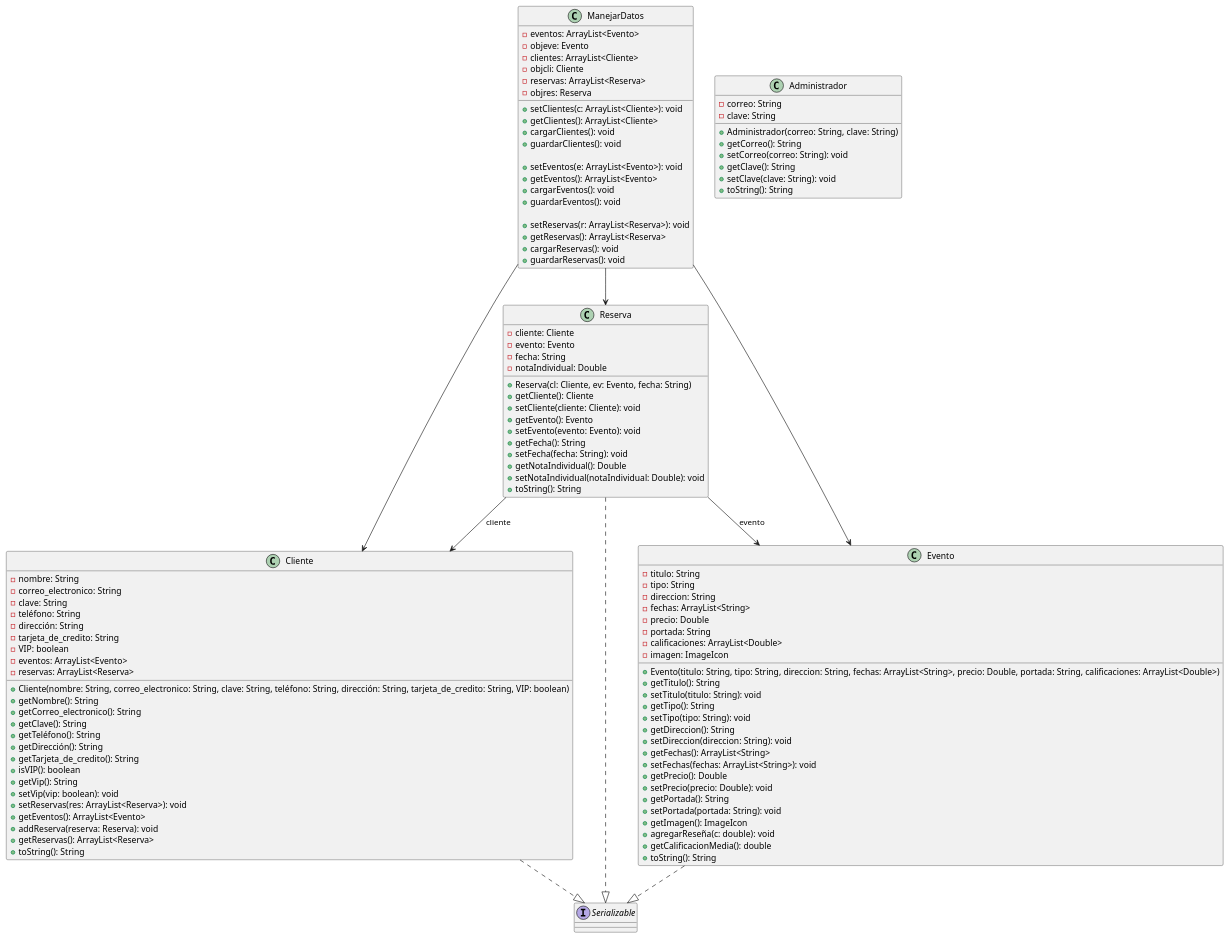
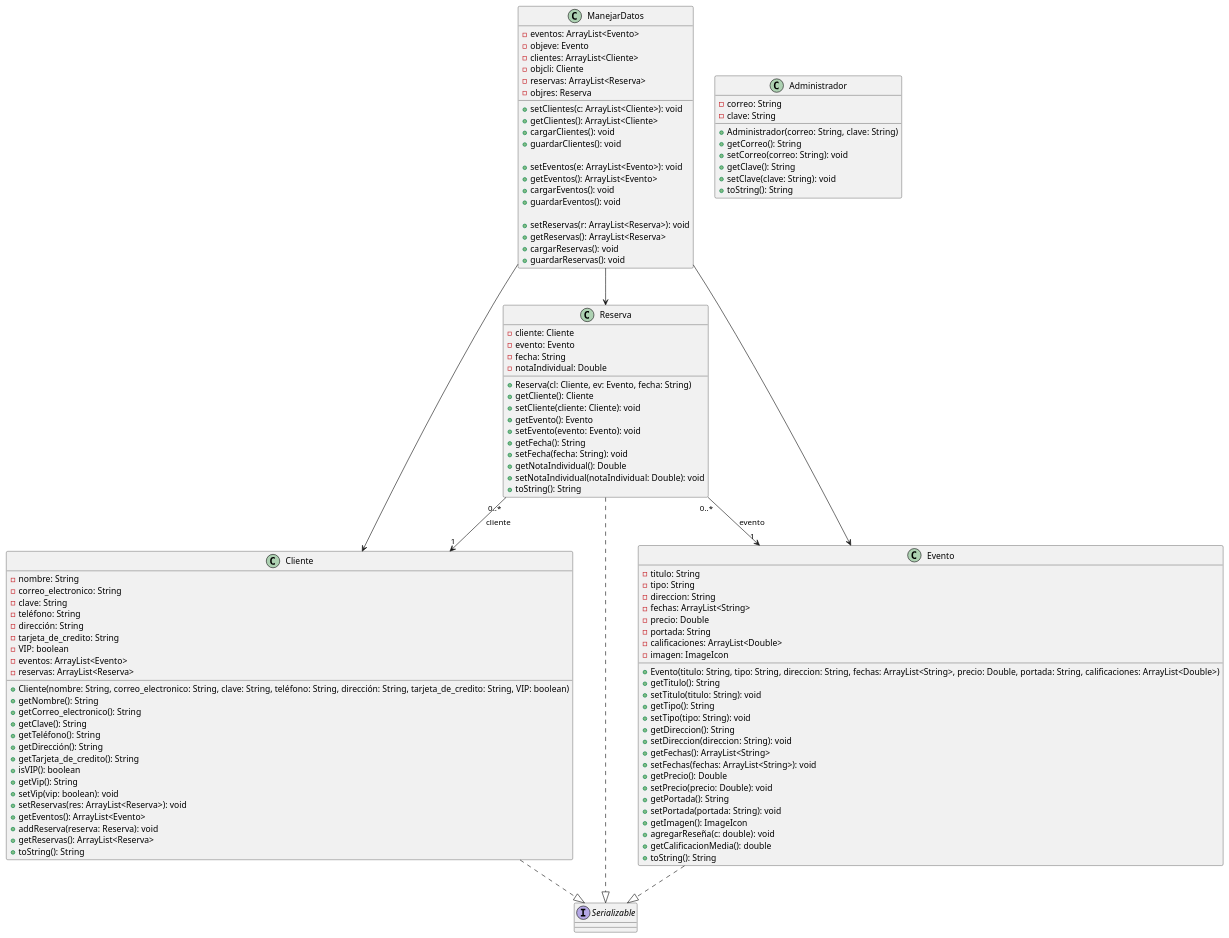
Before and after one commit to PL2PL2/demo-repository: the diagram in PL2/PL2_JAVA/DigramaUML.puml, drawn with PlantUML. The commit also changed 40 other files, not shown here.

```diff
--- a/PL2/PL2_JAVA/DigramaUML.puml
+++ b/PL2/PL2_JAVA/DigramaUML.puml
@@ -1,126 +1,126 @@
 @startuml
 
 interface Serializable
 
 class Cliente {
     - nombre: String
     - correo_electronico: String
     - clave: String
     - teléfono: String
     - dirección: String
     - tarjeta_de_credito: String
     - VIP: boolean
     - eventos: ArrayList<Evento>
     - reservas: ArrayList<Reserva>
 
     + Cliente(nombre: String, correo_electronico: String, clave: String, teléfono: String, dirección: String, tarjeta_de_credito: String, VIP: boolean)
     + getNombre(): String
     + getCorreo_electronico(): String
     + getClave(): String
     + getTeléfono(): String
     + getDirección(): String
     + getTarjeta_de_credito(): String
     + isVIP(): boolean
     + getVip(): String
     + setVip(vip: boolean): void
     + setReservas(res: ArrayList<Reserva>): void
     + getEventos(): ArrayList<Evento>
     + addReserva(reserva: Reserva): void
     + getReservas(): ArrayList<Reserva>
     + toString(): String
 }
 
 class Evento {
     - titulo: String
     - tipo: String
     - direccion: String
     - fechas: ArrayList<String>
     - precio: Double
     - portada: String
     - calificaciones: ArrayList<Double>
     - imagen: ImageIcon
 
     + Evento(titulo: String, tipo: String, direccion: String, fechas: ArrayList<String>, precio: Double, portada: String, calificaciones: ArrayList<Double>)
     + getTitulo(): String
     + setTitulo(titulo: String): void
     + getTipo(): String
     + setTipo(tipo: String): void
     + getDireccion(): String
     + setDireccion(direccion: String): void
     + getFechas(): ArrayList<String>
     + setFechas(fechas: ArrayList<String>): void
     + getPrecio(): Double
     + setPrecio(precio: Double): void
     + getPortada(): String
     + setPortada(portada: String): void
     + getImagen(): ImageIcon
     + agregarReseña(c: double): void
     + getCalificacionMedia(): double
     + toString(): String
 }
 
 class Reserva {
     - cliente: Cliente
     - evento: Evento
     - fecha: String
     - notaIndividual: Double
 
     + Reserva(cl: Cliente, ev: Evento, fecha: String)
     + getCliente(): Cliente
     + setCliente(cliente: Cliente): void
     + getEvento(): Evento
     + setEvento(evento: Evento): void
     + getFecha(): String
     + setFecha(fecha: String): void
     + getNotaIndividual(): Double
     + setNotaIndividual(notaIndividual: Double): void
     + toString(): String
 }
 class Administrador {
     - correo: String
     - clave: String
 
     + Administrador(correo: String, clave: String)
     + getCorreo(): String
     + setCorreo(correo: String): void
     + getClave(): String
     + setClave(clave: String): void
     + toString(): String
 }
 
 class ManejarDatos {
     - eventos: ArrayList<Evento>
     - objeve: Evento
     - clientes: ArrayList<Cliente>
     - objcli: Cliente
     - reservas: ArrayList<Reserva>
     - objres: Reserva
 
     + setClientes(c: ArrayList<Cliente>): void
     + getClientes(): ArrayList<Cliente>
     + cargarClientes(): void
     + guardarClientes(): void
 
     + setEventos(e: ArrayList<Evento>): void
     + getEventos(): ArrayList<Evento>
     + cargarEventos(): void
     + guardarEventos(): void
 
     + setReservas(r: ArrayList<Reserva>): void
     + getReservas(): ArrayList<Reserva>
     + cargarReservas(): void
     + guardarReservas(): void
 }
 
 ManejarDatos --> Cliente
 ManejarDatos --> Evento
 ManejarDatos --> Reserva
 
 Cliente ..|> Serializable
 Evento ..|> Serializable
 Reserva ..|> Serializable
 
-Reserva --> Cliente : cliente
-Reserva --> Evento : evento
+Reserva "0..*" --> "1" Cliente : cliente
+Reserva "0..*" --> "1" Evento : evento
 
 @enduml
```
